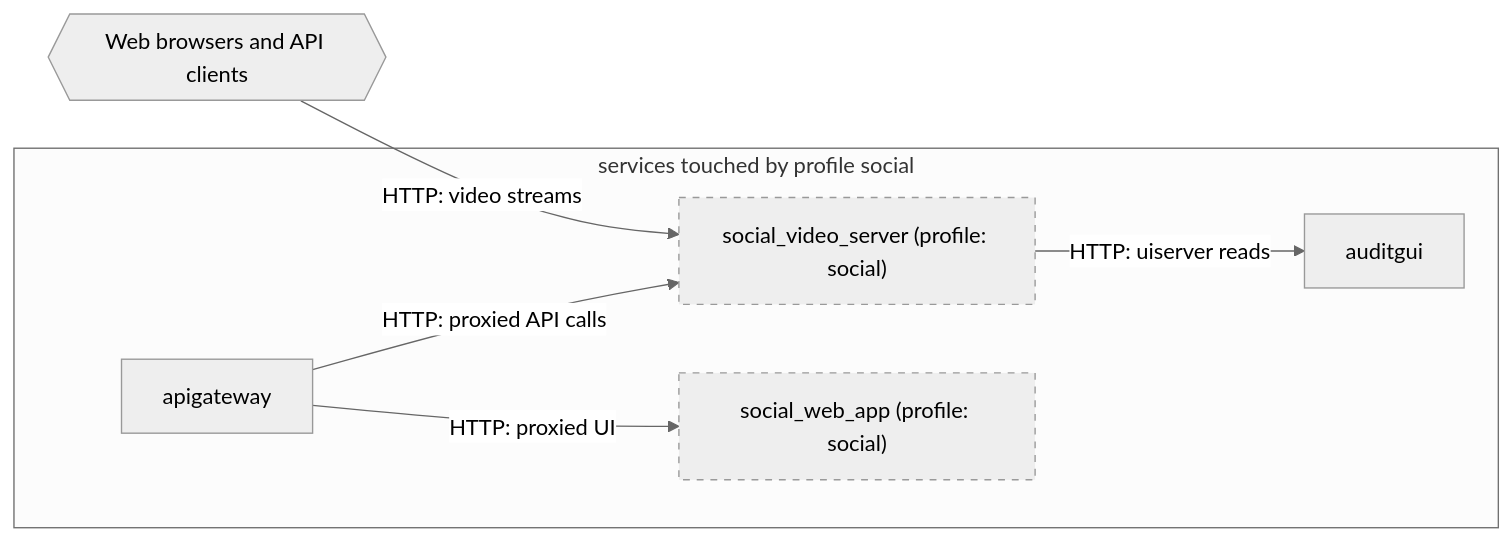
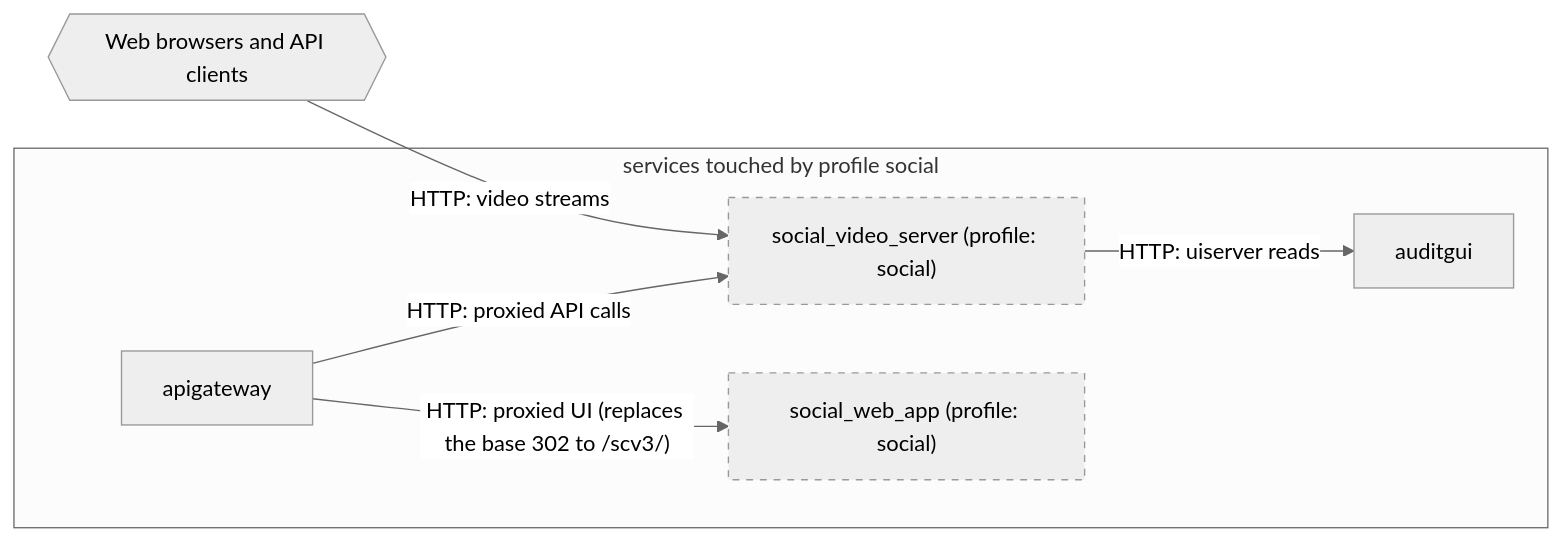
Before and after one commit to pacefactory/deployment-scripts: the diagram in docs/architecture/profiles/social.md, drawn with Mermaid (neutral theme). The commit also changed other lines of this file and 84 other files, not shown here.

First line of the commit message:
docs: record apigateway flows and add a SessionStart hook for web sessions

````diff
--- a/docs/architecture/profiles/social.md
+++ b/docs/architecture/profiles/social.md
@@ -73,16 +73,16 @@
 ```mermaid
 flowchart LR
   classDef optional stroke-dasharray: 5 5
   subgraph deployment["services touched by profile social"]
     social_video_server["social_video_server (profile: social)"]
     auditgui["auditgui"]
     apigateway["apigateway"]
     social_web_app["social_web_app (profile: social)"]
   end
   ext_web_clients{{"Web browsers and API clients"}}
   social_video_server -->|"HTTP: uiserver reads"| auditgui
   ext_web_clients -->|"HTTP: video streams"| social_video_server
   apigateway -->|"HTTP: proxied API calls"| social_video_server
-  apigateway -->|"HTTP: proxied UI"| social_web_app
+  apigateway -->|"HTTP: proxied UI (replaces the base 302 to /scv3/)"| social_web_app
   class social_web_app,social_video_server optional
 ```
````
